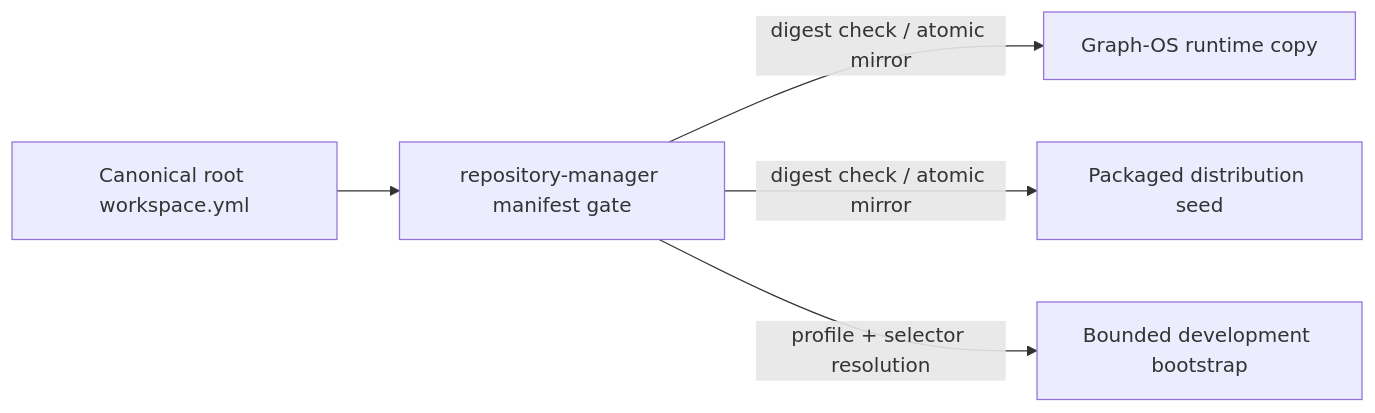
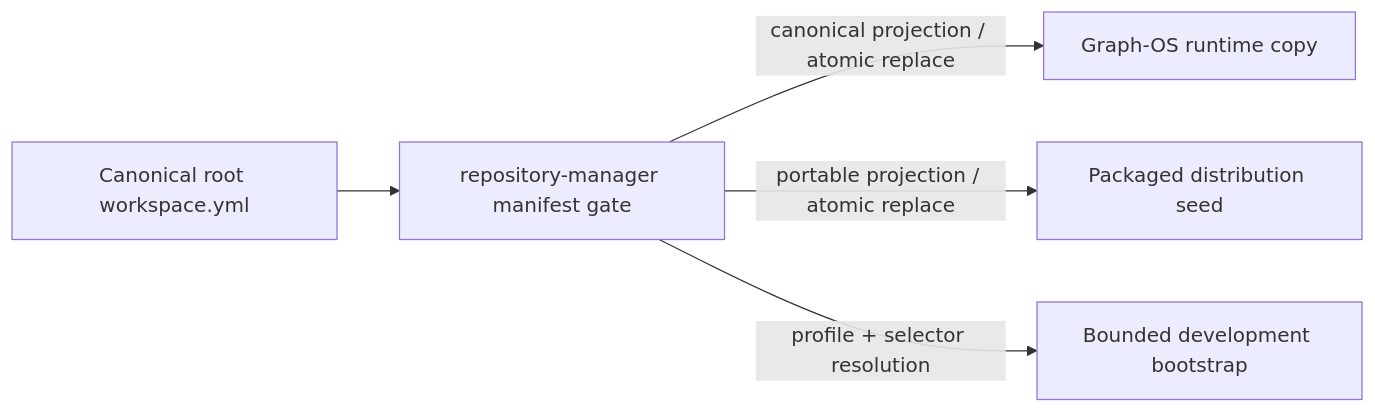
One commit to Knuckles-Team/repository-manager changed the diagram in docs/usage.md. Above: the diagram before and after it, drawn with Mermaid. The commit also changed other lines of this file and 33 other files, not shown here.

Commit message:
fix(workspace): project portable manifest seed and repair gates

````diff
--- a/docs/usage.md
+++ b/docs/usage.md
@@ -125,7 +128,7 @@
 ```mermaid
 flowchart LR
     ROOT[Canonical root workspace.yml] --> GATE[repository-manager manifest gate]
-    GATE -->|digest check / atomic mirror| XDG[Graph-OS runtime copy]
-    GATE -->|digest check / atomic mirror| SEED[Packaged distribution seed]
+    GATE -->|canonical projection / atomic replace| XDG[Graph-OS runtime copy]
+    GATE -->|portable projection / atomic replace| SEED[Packaged distribution seed]
     GATE -->|profile + selector resolution| BOOT[Bounded development bootstrap]
 ```
````
